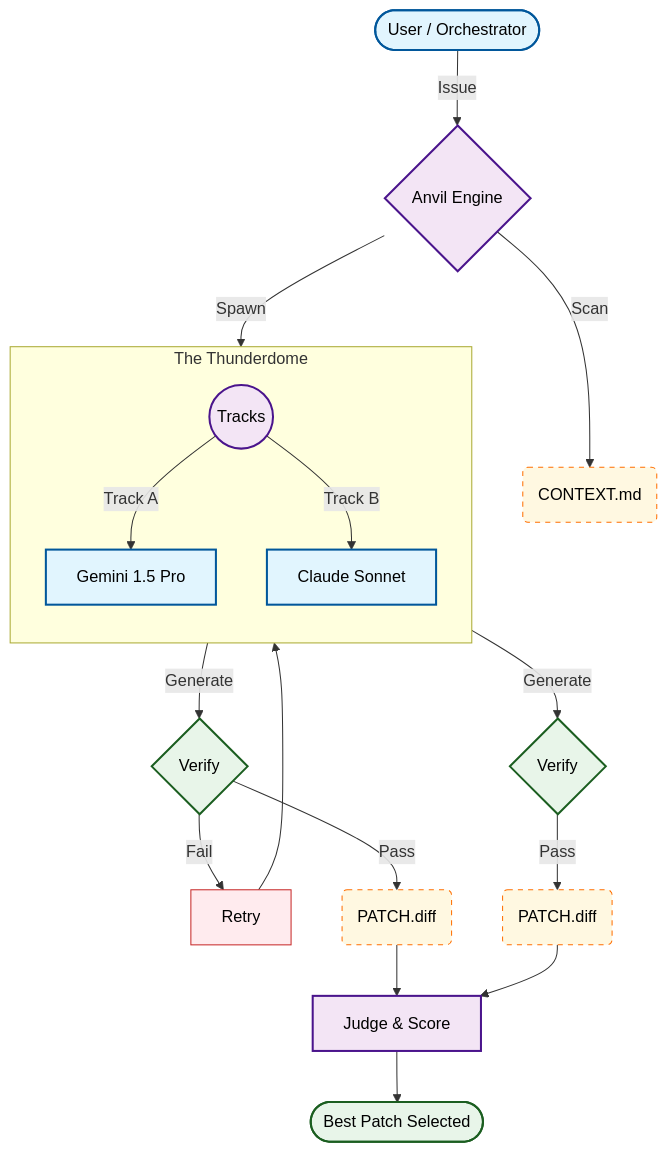
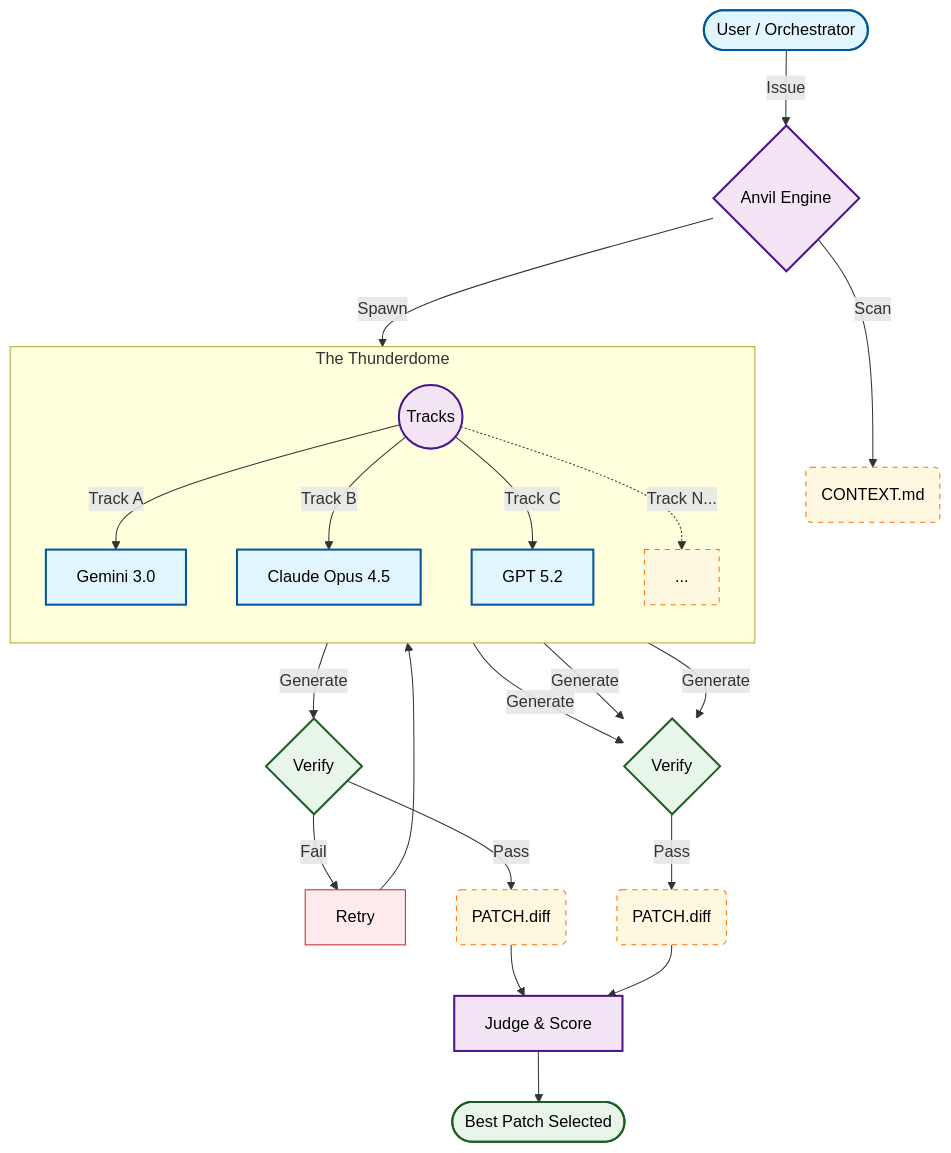
The diagram in README.md (grahama1970/anvil), drawn with Mermaid before and after one commit.

Commit message:
docs: use futuristic models and show N-track scalability in diagram

````diff
--- a/README.md
+++ b/README.md
@@ -50,43 +50,45 @@
 ```mermaid
 flowchart TD
     %% Nodes
     User(["User / Orchestrator"])
     Anvil{"Anvil Engine"}
     Context("CONTEXT.md")
     Judge["Judge & Score"]
     Winner(["Best Patch Selected"])
     Dispatcher(("Tracks"))
 
     %% Styles
     classDef actor fill:#e1f5fe,stroke:#01579b,stroke-width:2px,color:#000
     classDef process fill:#f3e5f5,stroke:#4a148c,stroke-width:2px,color:#000
     classDef file fill:#fff8e1,stroke:#ff6f00,stroke-width:1px,stroke-dasharray: 5 5,color:#000
     classDef decision fill:#e8f5e9,stroke:#1b5e20,stroke-width:2px,color:#000
     classDef fail fill:#ffebee,stroke:#c62828,stroke-width:1px,color:#000
 
     %% Main Flow
     User:::actor -->|"Issue"| Anvil:::process
     Anvil -->|"Scan"| Context:::file
     Anvil -->|"Spawn"| Dispatcher:::process
 
     subgraph Worktrees ["The Thunderdome"]
         direction TB
         style Worktrees text-align:left
-        Dispatcher -->|"Track A"| Gemini["Gemini 1.5 Pro"]:::actor
-        Dispatcher -->|"Track B"| Claude["Claude Sonnet"]:::actor
+        Dispatcher -->|"Track A"| Gemini["Gemini 3.0"]:::actor
+        Dispatcher -->|"Track B"| Claude["Claude Opus 4.5"]:::actor
+        Dispatcher -->|"Track C"| GPT["GPT 5.2"]:::actor
+        Dispatcher -.->|"Track N..."| More["..."]:::file
     end
 
     %% Track A Cycle
     Gemini -->|"Generate"| VerifyG{"Verify"}:::decision
     VerifyG -->|"Fail"| RetryG["Retry"]:::fail
     RetryG --> Gemini
     VerifyG -->|"Pass"| PatchG("PATCH.diff"):::file
 
     %% Track B Cycle
-    Claude -->|"Generate"| VerifyC{"Verify"}:::decision
+    Claude & GPT & More -->|"Generate"| VerifyC{"Verify"}:::decision
     VerifyC -->|"Pass"| PatchC("PATCH.diff"):::file
 
     %% Merging
     PatchG & PatchC --> Judge:::process
     Judge --> Winner:::decision
 ```
````
